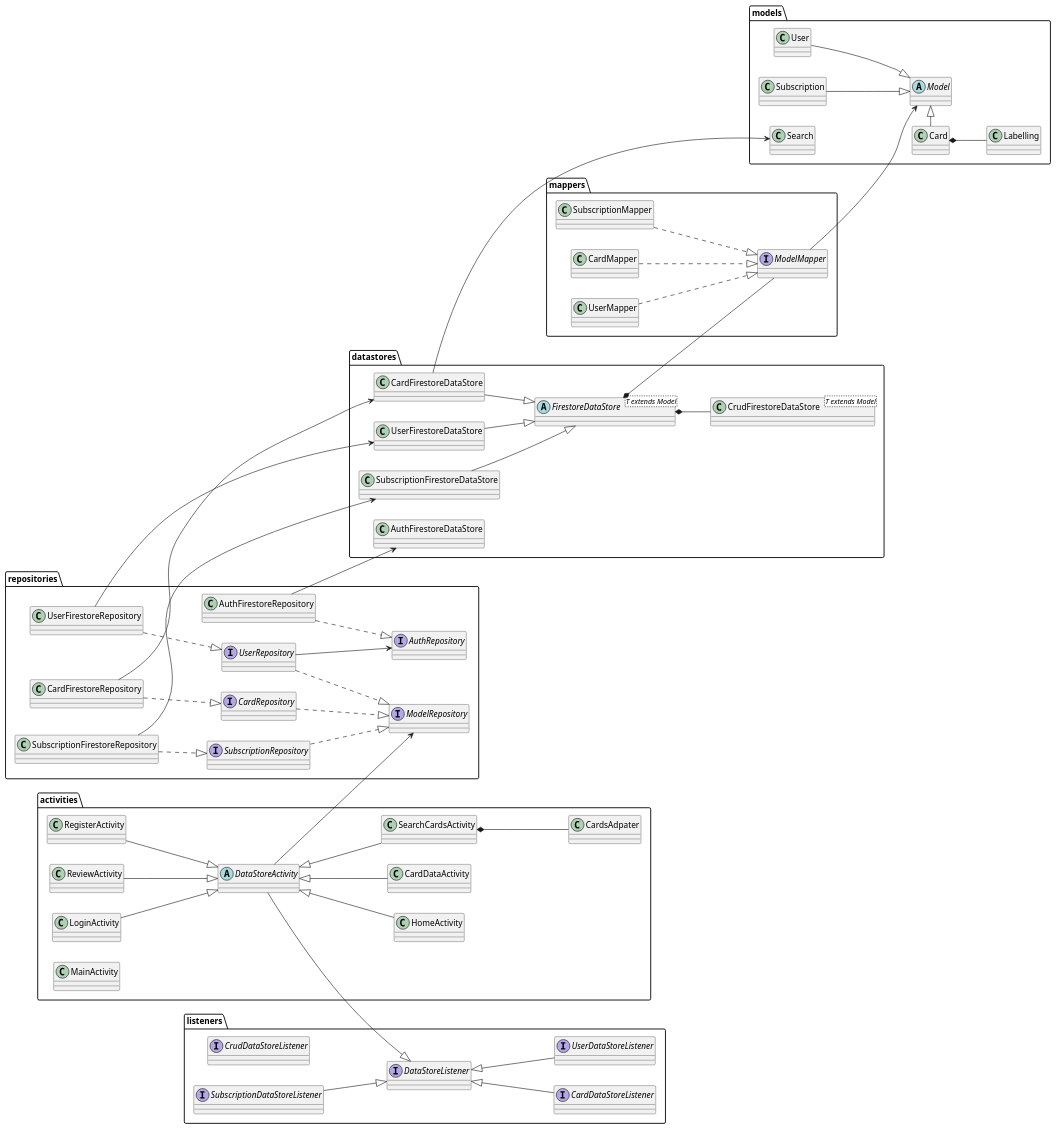
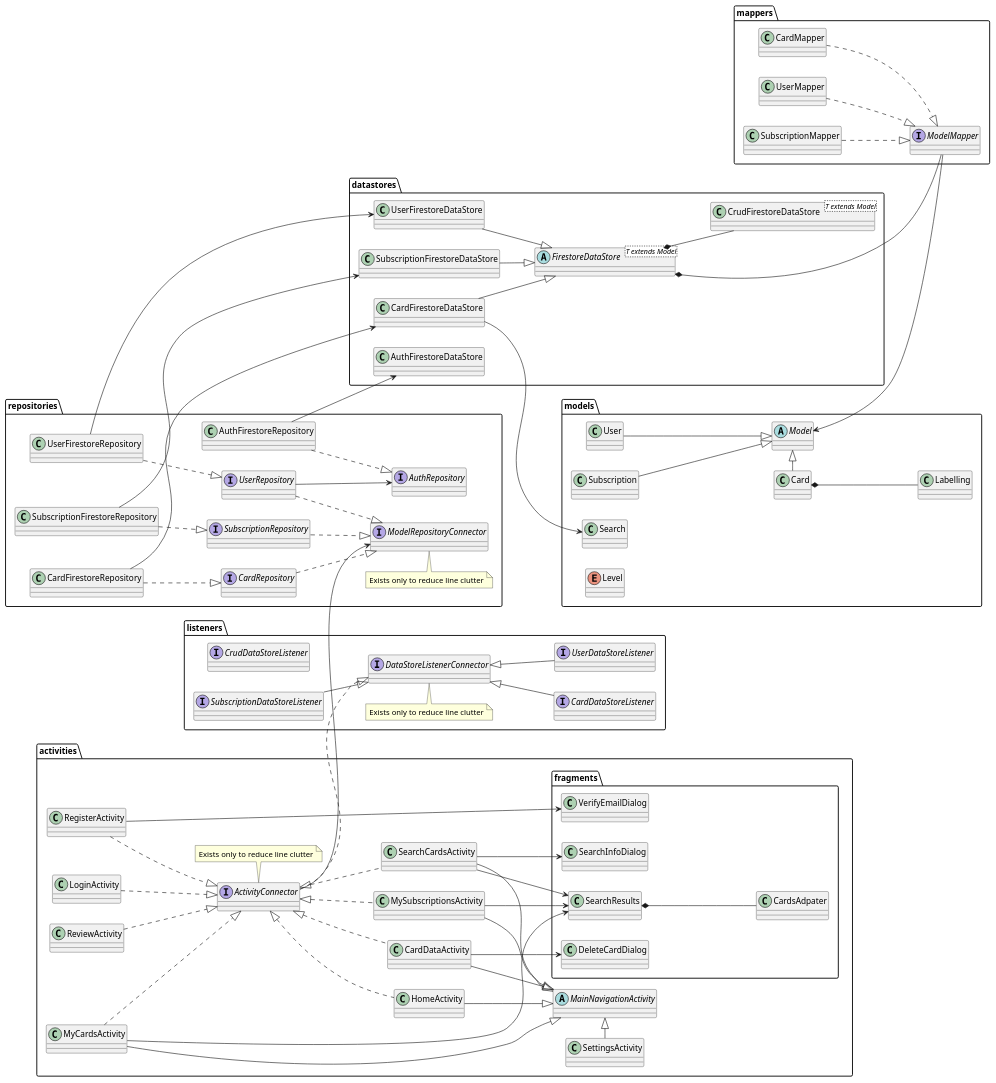
One commit to ferllop/evermind changed the diagram in app/doc/class-design.puml. Above: the diagram before and after it, drawn with PlantUML. The commit also changed 7 other files, not shown here.

```diff
--- a/app/doc/class-design.puml
+++ b/app/doc/class-design.puml
@@ -1,97 +1,130 @@
 @startuml
 left to right direction
 package activities{
-    abstract DataStoreActivity
-    CardDataActivity -up-|> DataStoreActivity
-    SearchCardsActivity -up-|> DataStoreActivity
-    HomeActivity -up-|> DataStoreActivity
-    LoginActivity --|> DataStoreActivity
-    RegisterActivity --|> DataStoreActivity
-    ReviewActivity --|> DataStoreActivity
-    class MainActivity
-    class CardsAdpater
-    SearchCardsActivity *-- CardsAdpater
+    interface ActivityConnector
+    note bottom of ActivityConnector: Exists only to reduce line clutter
+
+    CardDataActivity .up.|> ActivityConnector
+    SearchCardsActivity .up.|> ActivityConnector
+    HomeActivity .up.|> ActivityConnector
+    LoginActivity ..|> ActivityConnector
+    RegisterActivity ..|> ActivityConnector
+    ReviewActivity ..|> ActivityConnector
+
+
+    abstract MainNavigationActivity
+    HomeActivity --|> MainNavigationActivity
+    MyCardsActivity --|> MainNavigationActivity
+    MySubscriptionsActivity --|> MainNavigationActivity
+    SearchCardsActivity -right-|> MainNavigationActivity
+    CardDataActivity -right-|> MainNavigationActivity
+    SettingsActivity -right-|> MainNavigationActivity
+
+    MySubscriptionsActivity .up.|> ActivityConnector
+    MyCardsActivity ..|> ActivityConnector
+
+    package fragments {
+        class DeleteCardDialog
+        class SearchInfoDialog
+        class SearchResults
+        class VerifyEmailDialog
+        class CardsAdpater
+        SearchResults *-- CardsAdpater
+        CardDataActivity --> DeleteCardDialog
+        SearchCardsActivity --> SearchInfoDialog
+        RegisterActivity --> VerifyEmailDialog
+        SearchCardsActivity --> SearchResults
+        MySubscriptionsActivity --> SearchResults
+        MyCardsActivity --> SearchResults
+
+
+    }
 }
 
 package models {
     class User
     class Card
     class Subscription
     class Labelling
     class Search
+    enum Level
     abstract class Model
     Card -right-|> Model
     User --|> Model
     Subscription --|> Model
     Card *-- Labelling
 
 }
 package datastores {
             abstract FirestoreDataStore<T extends Model>
             class CrudFirestoreDataStore<T extends Model>
             class CardFirestoreDataStore
             class UserFirestoreDataStore
             class SubscriptionFirestoreDataStore
             class AuthFirestoreDataStore
             CardFirestoreDataStore --|> FirestoreDataStore
             UserFirestoreDataStore --|> FirestoreDataStore
             SubscriptionFirestoreDataStore --|> FirestoreDataStore
             FirestoreDataStore *-- CrudFirestoreDataStore
         }
   package mappers {
         interface ModelMapper
-        ModelMapper --> Model
+        ModelMapper -up-> Model
         CardMapper ..|> ModelMapper
         UserMapper ..|> ModelMapper
         SubscriptionMapper ..|> ModelMapper
         FirestoreDataStore *-- ModelMapper
     }
 
 package repositories{
-    interface ModelRepository
+    interface ModelRepositoryConnector
+    note top of ModelRepositoryConnector: Exists only to reduce line clutter
+
     interface CardRepository
     interface UserRepository
     interface SubscriptionRepository
     interface AuthRepository
     class CardFirestoreRepository
     class UserFirestoreRepository
     class SubscriptionFirestoreRepository
     class AuthFirestoreRepository
-    CardRepository ..|> ModelRepository
-    UserRepository ..|> ModelRepository
-    SubscriptionRepository ..|> ModelRepository
+    CardRepository ..|> ModelRepositoryConnector
+    UserRepository ..|> ModelRepositoryConnector
+    SubscriptionRepository ..|> ModelRepositoryConnector
     CardFirestoreRepository ..|> CardRepository
     UserFirestoreRepository ..|> UserRepository
     SubscriptionFirestoreRepository ..|> SubscriptionRepository
     AuthFirestoreRepository ..|> AuthRepository
 
 
 
 
     CardFirestoreRepository -down-> CardFirestoreDataStore
     UserFirestoreRepository -down-> UserFirestoreDataStore
     SubscriptionFirestoreRepository -down-> SubscriptionFirestoreDataStore
     AuthFirestoreRepository -down-> AuthFirestoreDataStore
     CardFirestoreDataStore --> Search
 
 
 
 
 
 }
-package listeners {
-        interface DataStoreListener
+    package listeners {
+        interface DataStoreListenerConnector
         interface CrudDataStoreListener
         interface CardDataStoreListener
         interface UserDataStoreListener
         interface SubscriptionDataStoreListener
-        CardDataStoreListener -u-|> DataStoreListener
-        SubscriptionDataStoreListener --|> DataStoreListener
-        UserDataStoreListener -up-|> DataStoreListener
+        CardDataStoreListener -u-|> DataStoreListenerConnector
+        SubscriptionDataStoreListener --|> DataStoreListenerConnector
+        UserDataStoreListener -up-|> DataStoreListenerConnector
+        note top of DataStoreListenerConnector: Exists only to reduce line clutter
 
     }
-    DataStoreActivity -down-> ModelRepository
-    DataStoreActivity --|> DataStoreListener
+    ActivityConnector -down-> ModelRepositoryConnector
+    ActivityConnector ..|> DataStoreListenerConnector
     UserRepository --> AuthRepository
 
+
 @enduml
```
